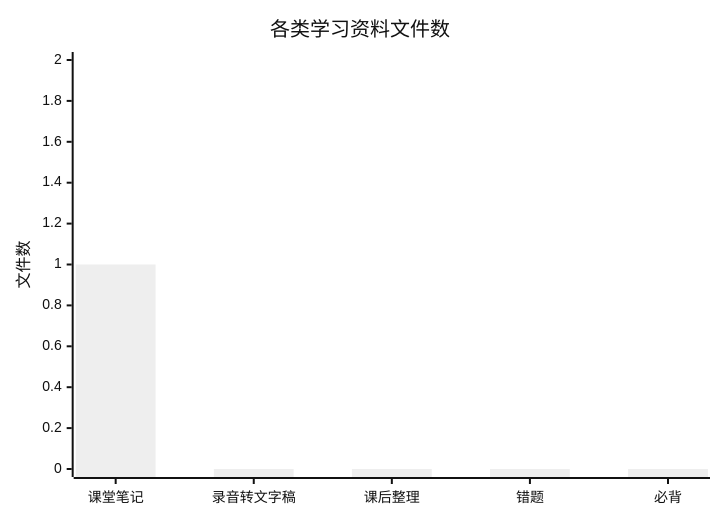
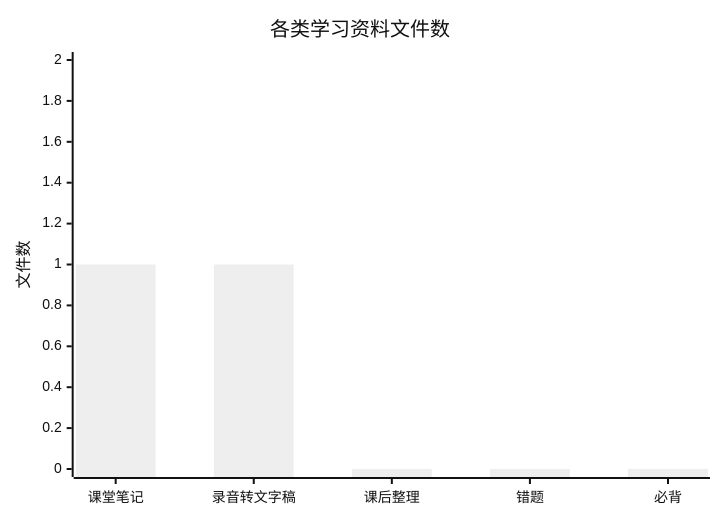
The third of 3 diagrams in README.md (zhuchenyu2008/Learning-Library), drawn with Mermaid (neutral theme) before and after one commit. The commit also changed other lines of this file, not shown here.

````diff
--- a/README.md
+++ b/README.md
@@ -54,7 +54,7 @@
 ```mermaid
 xychart-beta
     title "各类学习资料文件数"
     x-axis ["课堂笔记", "录音转文字稿", "课后整理", "错题", "必背"]
     y-axis "文件数" 0 --> 2
-    bar [1, 0, 0, 0, 0]
+    bar [1, 1, 0, 0, 0]
 ```
````
